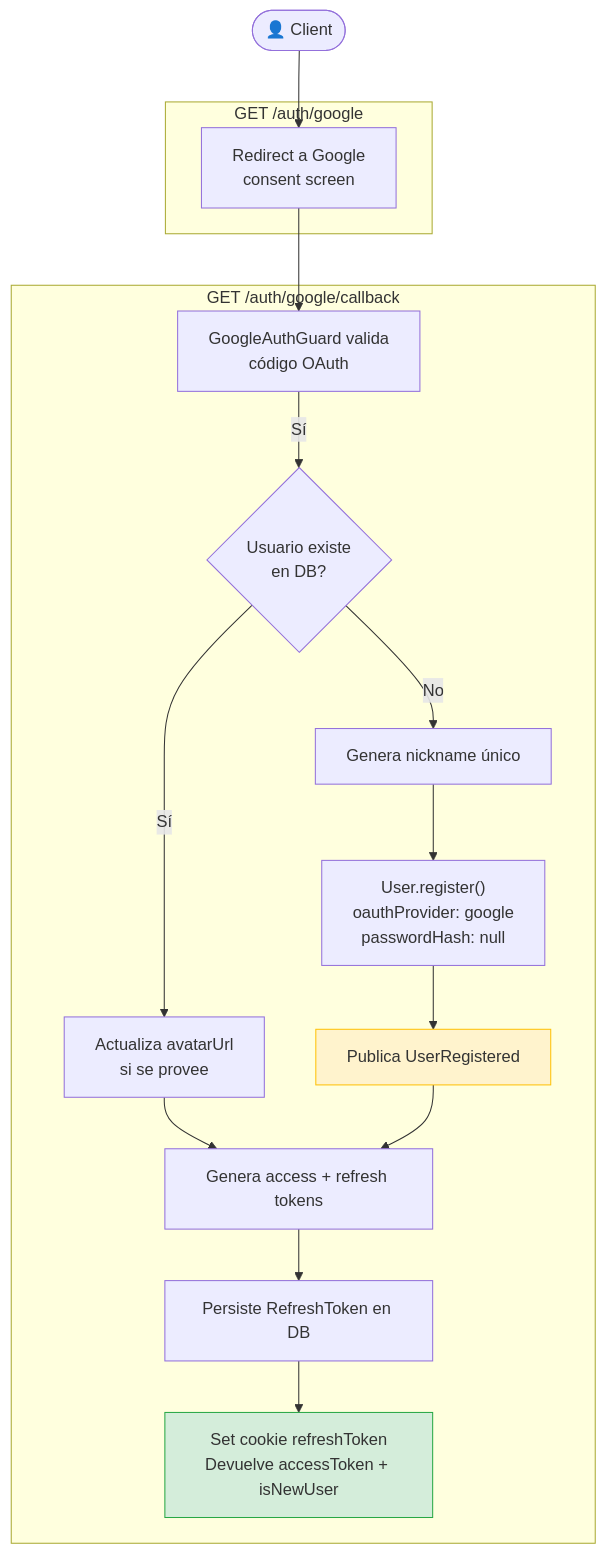
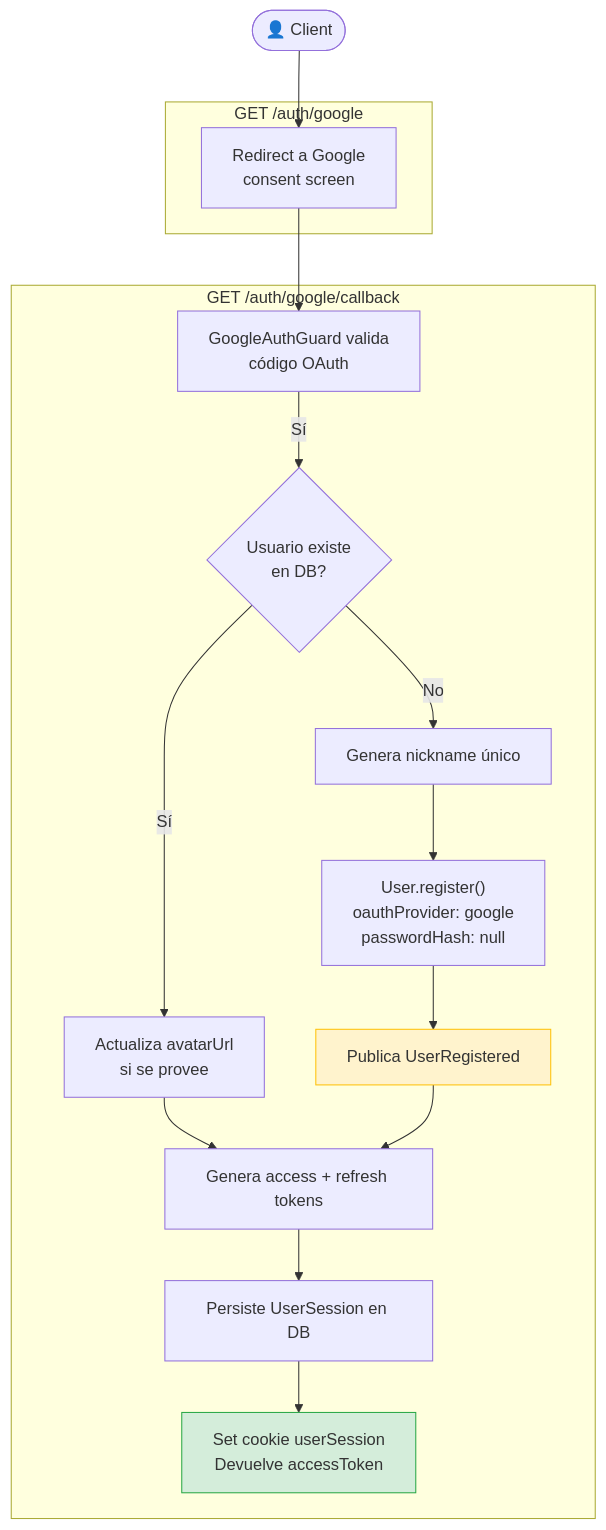
Before and after one commit to AbrahamVilchesDeLaCruz/ididntcatchthat: the diagram in docs/apps/api/identity/google-oauth/usecases.md, drawn with Mermaid. The commit also changed other lines of this file and 184 other files, not shown here.

````diff
--- a/docs/apps/api/identity/google-oauth/usecases.md
+++ b/docs/apps/api/identity/google-oauth/usecases.md
@@ -3,29 +3,29 @@
 ```mermaid
 graph TD
     Client(["👤 Client"])
 
     subgraph "GET /auth/google"
         A["Redirect a Google<br/>consent screen"]
     end
 
     subgraph "GET /auth/google/callback"
         B["GoogleAuthGuard valida<br/>código OAuth"]
         C{"Usuario existe<br/>en DB?"}
         D["Actualiza avatarUrl<br/>si se provee"]
         E["Genera nickname único"]
         F["User.register()<br/>oauthProvider: google<br/>passwordHash: null"]
         G["Publica UserRegistered"]
         H["Genera access + refresh tokens"]
-        I["Persiste RefreshToken en DB"]
-        J["Set cookie refreshToken<br/>Devuelve accessToken + isNewUser"]
+        I["Persiste UserSession en DB"]
+        J["Set cookie userSession<br/>Devuelve accessToken"]
     end
 
     Client --> A --> B
     B -- Sí --> C
     C -- Sí --> D --> H
     C -- No --> E --> F --> G --> H
     H --> I --> J
 
     style G fill:#fff3cd,stroke:#ffc107
     style J fill:#d4edda,stroke:#28a745
 ```
````
